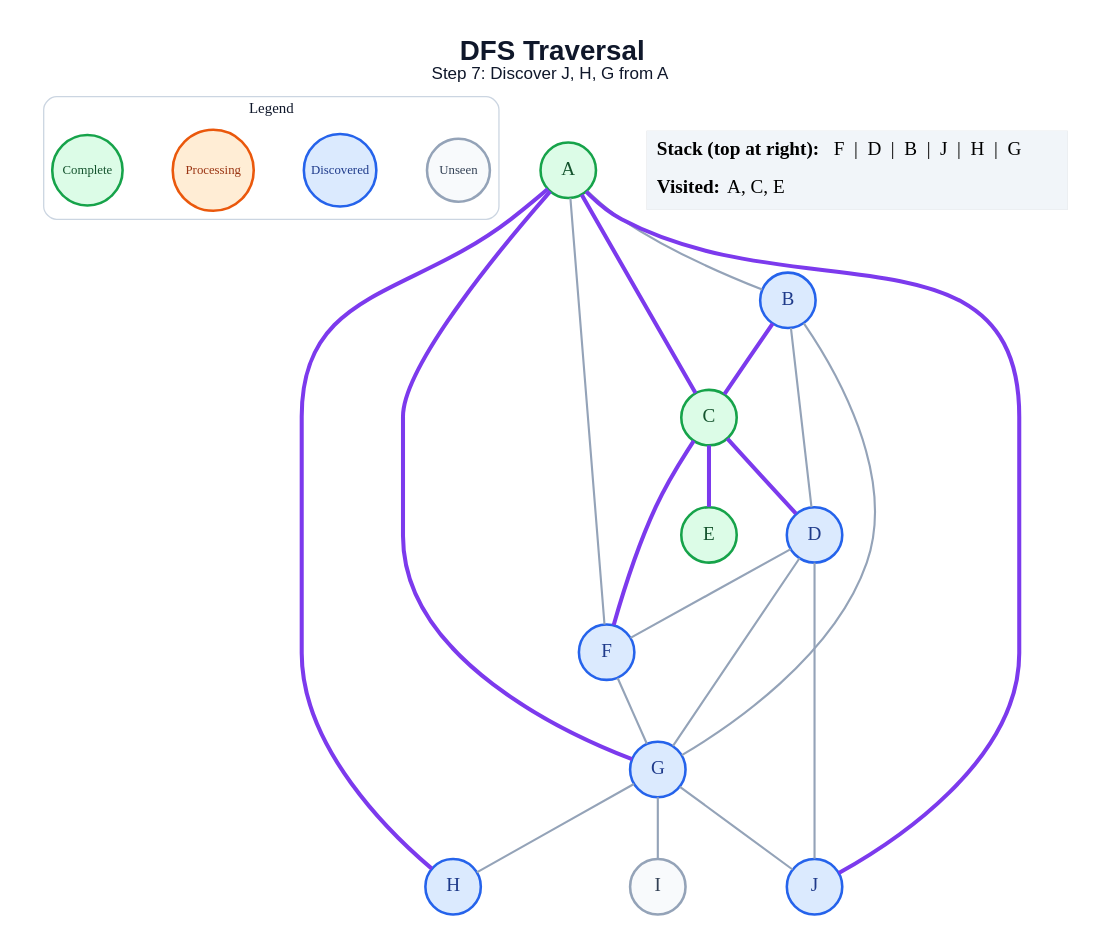
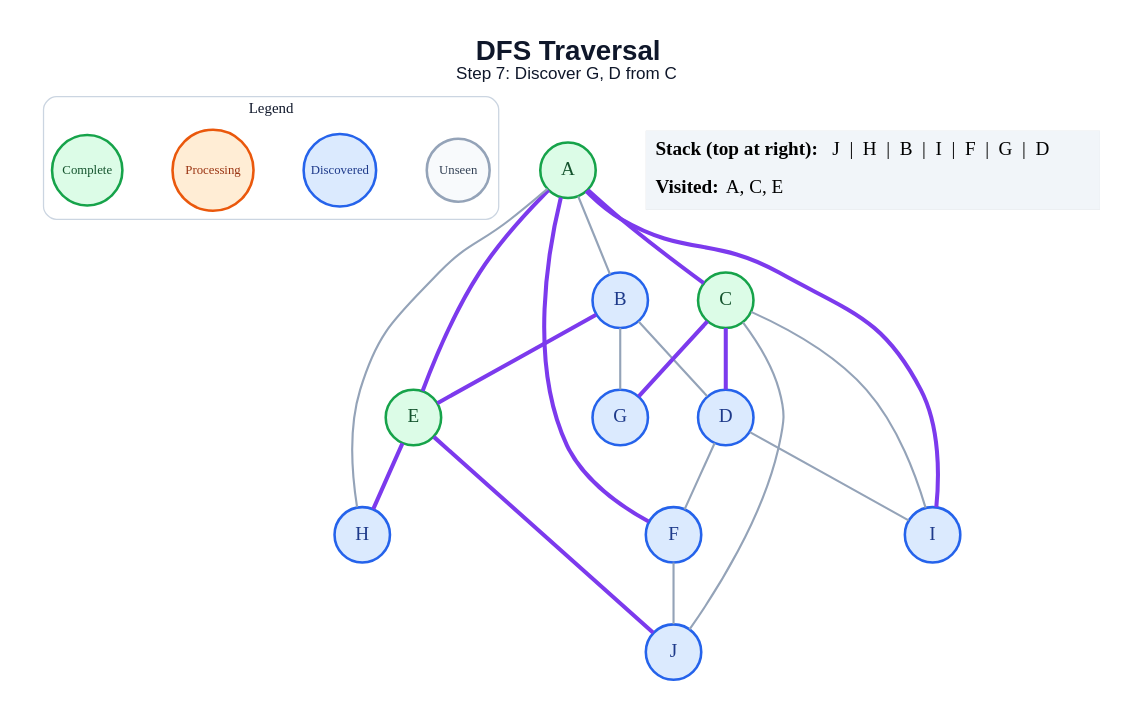
The diagram in generated/specific-node/dfs/step_07.dot (amanghodawala9/ai-slop), drawn with Graphviz before and after one commit. The commit also changed 178 other files, not shown here.

```diff
--- a/generated/specific-node/dfs/step_07.dot
+++ b/generated/specific-node/dfs/step_07.dot
@@ -1,48 +1,47 @@
 graph traversal {
   graph [layout=dot, rankdir=TB, bgcolor="#FFFFFF", pad="0.35", nodesep="0.65", ranksep="0.8", fontname="Arial"];
   node [shape=circle, style="filled", fontname="Arial Bold", fontsize=18, width=0.72, fixedsize=true, penwidth=2.4];
   edge [color="#94A3B8", penwidth=2.0];
-  label=<<B>DFS Traversal</B><BR/><FONT POINT-SIZE="16">Step 7: Discover J, H, G from A</FONT>>; labelloc="t"; fontsize=26; fontname="Arial"; fontcolor="#0F172A";
+  label=<<B>DFS Traversal</B><BR/><FONT POINT-SIZE="16">Step 7: Discover G, D from C</FONT>>; labelloc="t"; fontsize=26; fontname="Arial"; fontcolor="#0F172A";
   subgraph cluster_legend { label="Legend"; color="#CBD5E1"; penwidth=1.2; style="rounded"; fontsize=14; fontname="Arial Bold";
     key_unseen [label="Unseen", fillcolor="#F8FAFC", color="#94A3B8", fontcolor="#334155", fontsize=12, width=0.82];
     key_frontier [label="Discovered", fillcolor="#DBEAFE", color="#2563EB", fontcolor="#1E3A8A", fontsize=12, width=0.95];
     key_current [label="Processing", fillcolor="#FFEDD5", color="#EA580C", fontcolor="#9A3412", fontsize=12, width=1.05];
     key_done [label="Complete", fillcolor="#DCFCE7", color="#16A34A", fontcolor="#14532D", fontsize=12, width=0.92];
     { rank=same; key_unseen; key_frontier; key_current; key_done; }
   }
   A [fillcolor="#DCFCE7", color="#16A34A", fontcolor="#14532D"];
   B [fillcolor="#DBEAFE", color="#2563EB", fontcolor="#1E3A8A"];
   C [fillcolor="#DCFCE7", color="#16A34A", fontcolor="#14532D"];
   D [fillcolor="#DBEAFE", color="#2563EB", fontcolor="#1E3A8A"];
   E [fillcolor="#DCFCE7", color="#16A34A", fontcolor="#14532D"];
   F [fillcolor="#DBEAFE", color="#2563EB", fontcolor="#1E3A8A"];
   G [fillcolor="#DBEAFE", color="#2563EB", fontcolor="#1E3A8A"];
   H [fillcolor="#DBEAFE", color="#2563EB", fontcolor="#1E3A8A"];
-  I [fillcolor="#F8FAFC", color="#94A3B8", fontcolor="#334155"];
+  I [fillcolor="#DBEAFE", color="#2563EB", fontcolor="#1E3A8A"];
   J [fillcolor="#DBEAFE", color="#2563EB", fontcolor="#1E3A8A"];
   A -- B;
   A -- C [color="#7C3AED", penwidth=3.8];
-  A -- F;
-  A -- G [color="#7C3AED", penwidth=3.8];
-  A -- H [color="#7C3AED", penwidth=3.8];
-  A -- J [color="#7C3AED", penwidth=3.8];
-  B -- C [color="#7C3AED", penwidth=3.8];
+  A -- E [color="#7C3AED", penwidth=3.8];
+  A -- F [color="#7C3AED", penwidth=3.8];
+  A -- H;
+  A -- I [color="#7C3AED", penwidth=3.8];
   B -- D;
+  B -- E [color="#7C3AED", penwidth=3.8];
   B -- G;
   C -- D [color="#7C3AED", penwidth=3.8];
-  C -- E [color="#7C3AED", penwidth=3.8];
-  C -- F [color="#7C3AED", penwidth=3.8];
+  C -- G [color="#7C3AED", penwidth=3.8];
+  C -- I;
+  C -- J;
   D -- F;
-  D -- G;
-  D -- J;
-  F -- G;
-  G -- H;
-  G -- I;
-  G -- J;
+  D -- I;
+  E -- H [color="#7C3AED", penwidth=3.8];
+  E -- J [color="#7C3AED", penwidth=3.8];
+  F -- J;
   status [shape=plain, fixedsize=false, width=0, height=0, margin=0, label=<
     <TABLE BORDER="0" CELLBORDER="0" CELLPADDING="7" BGCOLOR="#F1F5F9">
-      <TR><TD ALIGN="LEFT"><B>Stack (top at right):</B> F  |  D  |  B  |  J  |  H  |  G</TD></TR>
+      <TR><TD ALIGN="LEFT"><B>Stack (top at right):</B> J  |  H  |  B  |  I  |  F  |  G  |  D</TD></TR>
       <TR><TD ALIGN="LEFT"><B>Visited:</B> A, C, E</TD></TR>
     </TABLE>
   >];
 }
```
